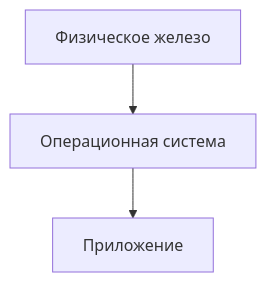
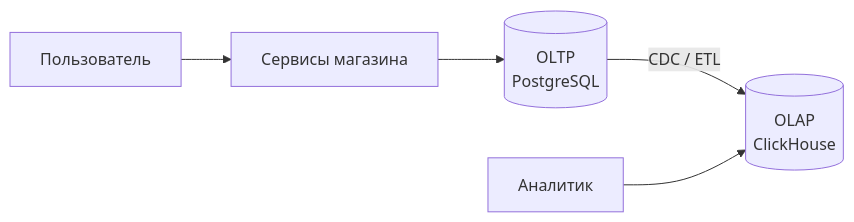
One commit to Kert0n/KPO changed the fourth of 13 diagrams in content/lectures/Lec9/vitepress.md. Above: the diagram before and after it, drawn with Mermaid. The commit also changed other lines of this file, not shown here.

````diff
--- a/content/lectures/Lec9/vitepress.md
+++ b/content/lectures/Lec9/vitepress.md
@@ -156,5 +379,7 @@
 ```mermaid
-flowchart TD
-    Hardware["Физическое железо"] --> OS["Операционная система"]
-    OS --> App["Приложение"]
+flowchart LR
+    User["Пользователь"] --> App["Сервисы магазина"]
+    App --> OLTP[("OLTP\nPostgreSQL")]
+    OLTP -->|"CDC / ETL"| OLAP[("OLAP\nClickHouse")]
+    Analyst["Аналитик"] --> OLAP
 ```
````
